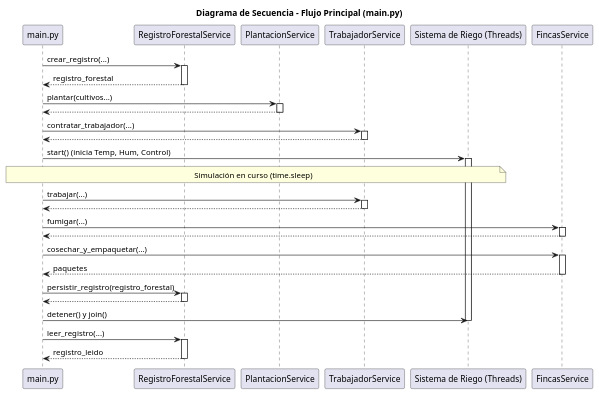
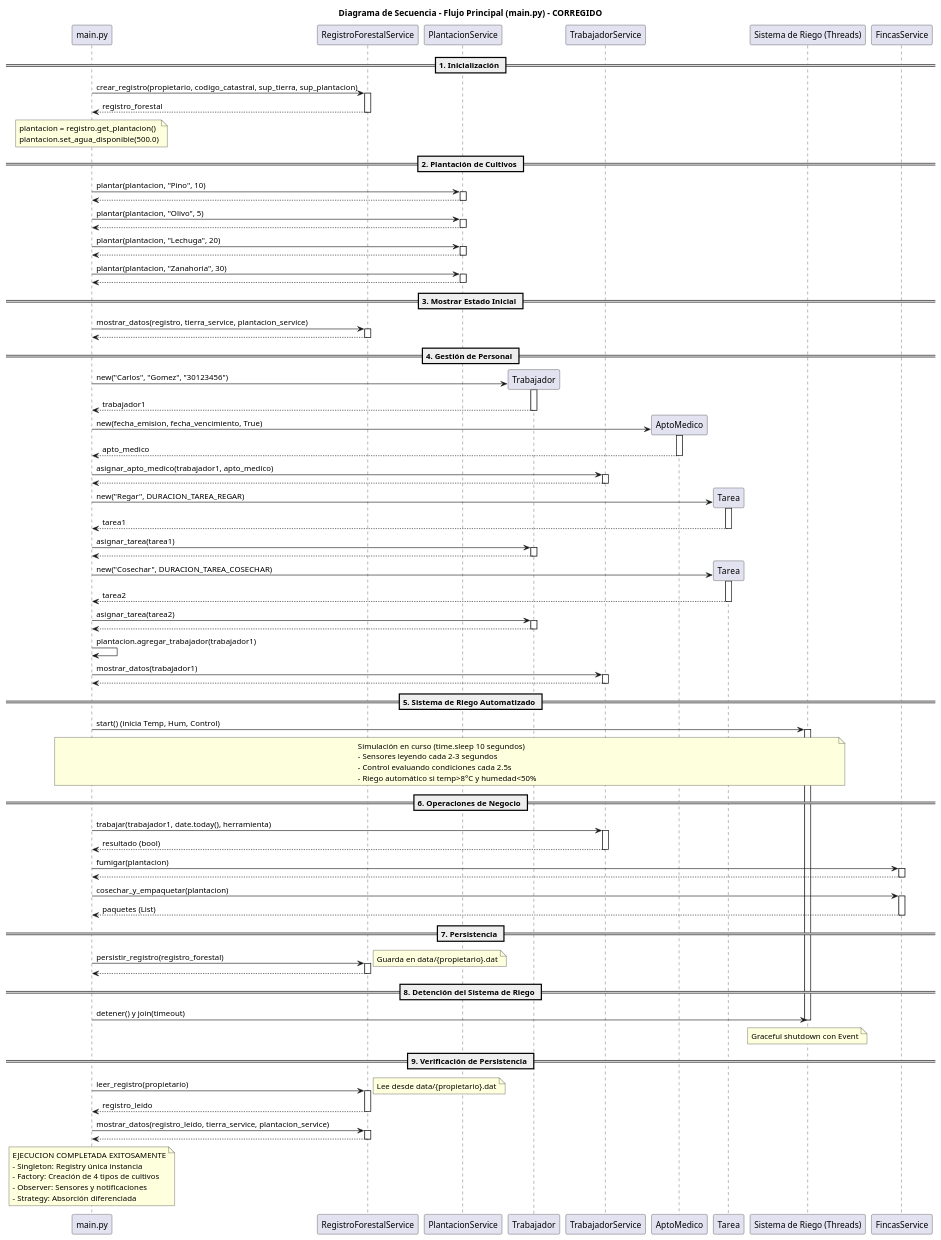
One commit to tinchosalvatore/parcial_disenoSistemas changed the diagram in docs/diagrams/secuencia_ejecucion_main.puml. Above: the diagram before and after it, drawn with PlantUML. The commit also changed 1 other file, not shown here.

Commit message:
correccion diagramas

```diff
--- a/docs/diagrams/secuencia_ejecucion_main.puml
+++ b/docs/diagrams/secuencia_ejecucion_main.puml
@@ -1,59 +1,158 @@
 @startuml
-title Diagrama de Secuencia - Flujo Principal (main.py)
+title Diagrama de Secuencia - Flujo Principal (main.py) - CORREGIDO
 
 participant main as "main.py"
 participant RegistroService as "RegistroForestalService"
 participant PlantacionService
+participant Trabajador
 participant TrabajadorService
+participant AptoMedico
+participant Tarea
 participant RiegoTasks as "Sistema de Riego (Threads)"
 participant FincasService
 
-main -> RegistroService: crear_registro(...)
+== 1. Inicialización ==
+main -> RegistroService: crear_registro(propietario, codigo_catastral, sup_tierra, sup_plantacion)
 activate RegistroService
 RegistroService --> main: registro_forestal
 deactivate RegistroService
 
-main -> PlantacionService: plantar(cultivos...)
+note over main
+  plantacion = registro.get_plantacion()
+  plantacion.set_agua_disponible(500.0)
+end note
+
+== 2. Plantación de Cultivos ==
+main -> PlantacionService: plantar(plantacion, "Pino", 10)
 activate PlantacionService
 PlantacionService --> main
 deactivate PlantacionService
 
-main -> TrabajadorService: contratar_trabajador(...)
+main -> PlantacionService: plantar(plantacion, "Olivo", 5)
+activate PlantacionService
+PlantacionService --> main
+deactivate PlantacionService
+
+main -> PlantacionService: plantar(plantacion, "Lechuga", 20)
+activate PlantacionService
+PlantacionService --> main
+deactivate PlantacionService
+
+main -> PlantacionService: plantar(plantacion, "Zanahoria", 30)
+activate PlantacionService
+PlantacionService --> main
+deactivate PlantacionService
+
+== 3. Mostrar Estado Inicial ==
+main -> RegistroService: mostrar_datos(registro, tierra_service, plantacion_service)
+activate RegistroService
+RegistroService --> main
+deactivate RegistroService
+
+== 4. Gestión de Personal ==
+create Trabajador
+main -> Trabajador: new("Carlos", "Gomez", "30123456")
+activate Trabajador
+Trabajador --> main: trabajador1
+deactivate Trabajador
+
+create AptoMedico
+main -> AptoMedico: new(fecha_emision, fecha_vencimiento, True)
+activate AptoMedico
+AptoMedico --> main: apto_medico
+deactivate AptoMedico
+
+main -> TrabajadorService: asignar_apto_medico(trabajador1, apto_medico)
 activate TrabajadorService
 TrabajadorService --> main
 deactivate TrabajadorService
 
-main -> RiegoTasks: start() (inicia Temp, Hum, Control)
-activate RiegoTasks
+create Tarea
+main -> Tarea: new("Regar", DURACION_TAREA_REGAR)
+activate Tarea
+Tarea --> main: tarea1
+deactivate Tarea
 
-note over main, RiegoTasks: Simulación en curso (time.sleep)
+main -> Trabajador: asignar_tarea(tarea1)
+activate Trabajador
+Trabajador --> main
+deactivate Trabajador
 
-main -> TrabajadorService: trabajar(...)
+create Tarea
+main -> Tarea: new("Cosechar", DURACION_TAREA_COSECHAR)
+activate Tarea
+Tarea --> main: tarea2
+deactivate Tarea
+
+main -> Trabajador: asignar_tarea(tarea2)
+activate Trabajador
+Trabajador --> main
+deactivate Trabajador
+
+main -> main: plantacion.agregar_trabajador(trabajador1)
+
+main -> TrabajadorService: mostrar_datos(trabajador1)
 activate TrabajadorService
 TrabajadorService --> main
 deactivate TrabajadorService
 
-main -> FincasService: fumigar(...)
+== 5. Sistema de Riego Automatizado ==
+main -> RiegoTasks: start() (inicia Temp, Hum, Control)
+activate RiegoTasks
+
+note over main, RiegoTasks
+  Simulación en curso (time.sleep 10 segundos)
+  - Sensores leyendo cada 2-3 segundos
+  - Control evaluando condiciones cada 2.5s
+  - Riego automático si temp>8°C y humedad<50%
+end note
+
+== 6. Operaciones de Negocio ==
+main -> TrabajadorService: trabajar(trabajador1, date.today(), herramienta)
+activate TrabajadorService
+TrabajadorService --> main: resultado (bool)
+deactivate TrabajadorService
+
+main -> FincasService: fumigar(plantacion)
 activate FincasService
 FincasService --> main
 deactivate FincasService
 
-main -> FincasService: cosechar_y_empaquetar(...)
+main -> FincasService: cosechar_y_empaquetar(plantacion)
 activate FincasService
-FincasService --> main: paquetes
+FincasService --> main: paquetes (List)
 deactivate FincasService
 
+== 7. Persistencia ==
 main -> RegistroService: persistir_registro(registro_forestal)
+activate RegistroService
+note right: Guarda en data/{propietario}.dat
+RegistroService --> main
+deactivate RegistroService
+
+== 8. Detención del Sistema de Riego ==
+main -> RiegoTasks: detener() y join(timeout)
+deactivate RiegoTasks
+note over RiegoTasks: Graceful shutdown con Event
+
+== 9. Verificación de Persistencia ==
+main -> RegistroService: leer_registro(propietario)
+activate RegistroService
+note right: Lee desde data/{propietario}.dat
+RegistroService --> main: registro_leido
+deactivate RegistroService
+
+main -> RegistroService: mostrar_datos(registro_leido, tierra_service, plantacion_service)
 activate RegistroService
 RegistroService --> main
 deactivate RegistroService
 
-main -> RiegoTasks: detener() y join()
-deactivate RiegoTasks
-
-main -> RegistroService: leer_registro(...)
-activate RegistroService
-RegistroService --> main: registro_leido
-deactivate RegistroService
+note over main
+  EJECUCION COMPLETADA EXITOSAMENTE
+  - Singleton: Registry única instancia
+  - Factory: Creación de 4 tipos de cultivos
+  - Observer: Sensores y notificaciones
+  - Strategy: Absorción diferenciada
+end note
 
 @enduml
```
